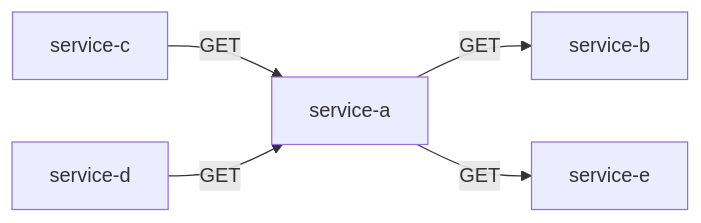
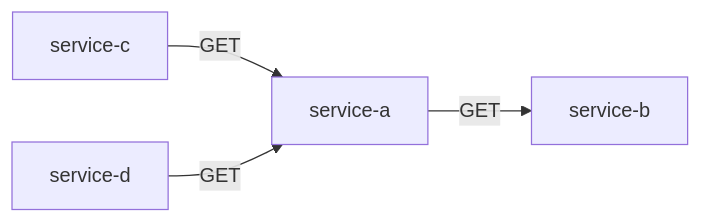
Before and after one commit to lokesh0507/First_project: the diagram in output/deps.md, drawn with Mermaid. The commit also changed 19 other files, not shown here.

````diff
--- a/output/deps.md
+++ b/output/deps.md
@@ -1,7 +1,6 @@
 ```mermaid
 graph LR
   service-a -->|GET| service-b
-  service-a -->|GET| service-e
   service-c -->|GET| service-a
   service-d -->|GET| service-a
 ```
````
